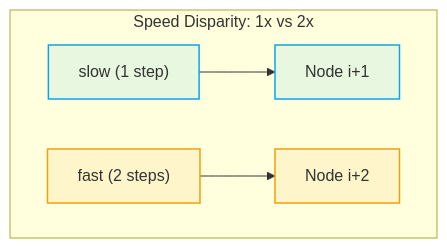
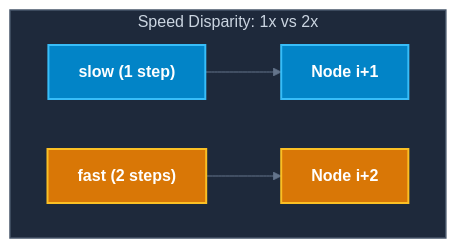
The first of 2 diagrams in CS/DSA/03. Linked Lists/02. Linked List Patterns.md (abhinavbharti2345/CS_Notes), drawn with Mermaid before and after one commit. The commit also changed other lines of this file and 195 other files, not shown here.

````diff
--- a/CS/DSA/03. Linked Lists/02. Linked List Patterns.md
+++ b/CS/DSA/03. Linked Lists/02. Linked List Patterns.md
@@ -75,13 +75,16 @@
 ```mermaid
+%%{init: {'theme': 'base', 'themeVariables': { 'darkMode': true, 'background': '#0B0F14', 'mainBkg': '#111827', 'primaryColor': '#111827', 'primaryTextColor': '#F8FAFC', 'primaryBorderColor': '#38BDF8', 'lineColor': '#64748B', 'secondaryColor': '#0B0F14', 'tertiaryColor': '#0B0F14', 'clusterBkg': '#0B0F14', 'clusterBorder': '#38BDF8' }}}%%
 flowchart LR
     subgraph StepTrace ["Speed Disparity: 1x vs 2x"]
         direction LR
-        S["slow (1 step)"] --> N1["Node i+1"]
-        F["fast (2 steps)"] --> N2["Node i+2"]
+        S["<b>slow (1 step)</b>"] --> N1["<b>Node i+1</b>"]
+        F["<b>fast (2 steps)</b>"] --> N2["<b>Node i+2</b>"]
     end
 
-    classDef slowBox fill:#0ea5e918,stroke:#0ea5e9,stroke-width:1.5px;
-    classDef fastBox fill:#f59e0b18,stroke:#f59e0b,stroke-width:1.5px;
+    style StepTrace fill:#1e293b,stroke:#475569,stroke-width:1.5px,color:#cbd5e1
+
+    classDef slowBox fill:#0284c7,stroke:#38bdf8,stroke-width:2px,color:#ffffff;
+    classDef fastBox fill:#d97706,stroke:#fbbf24,stroke-width:2px,color:#ffffff;
     class S,N1 slowBox;
     class F,N2 fastBox;
 ```
````
